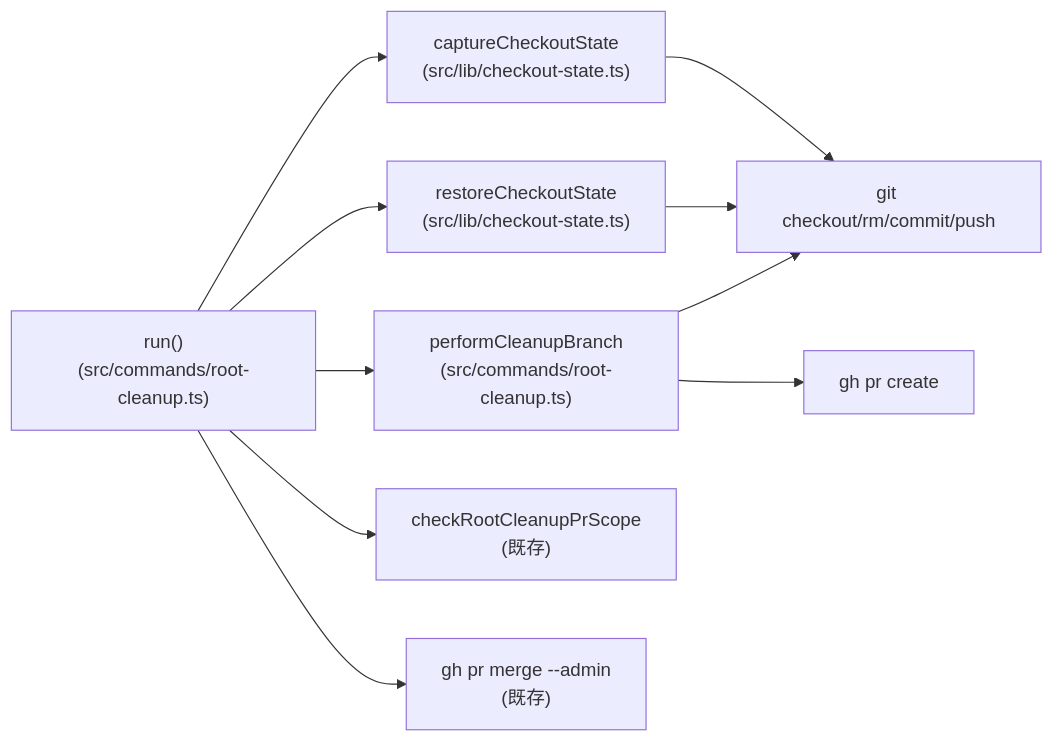
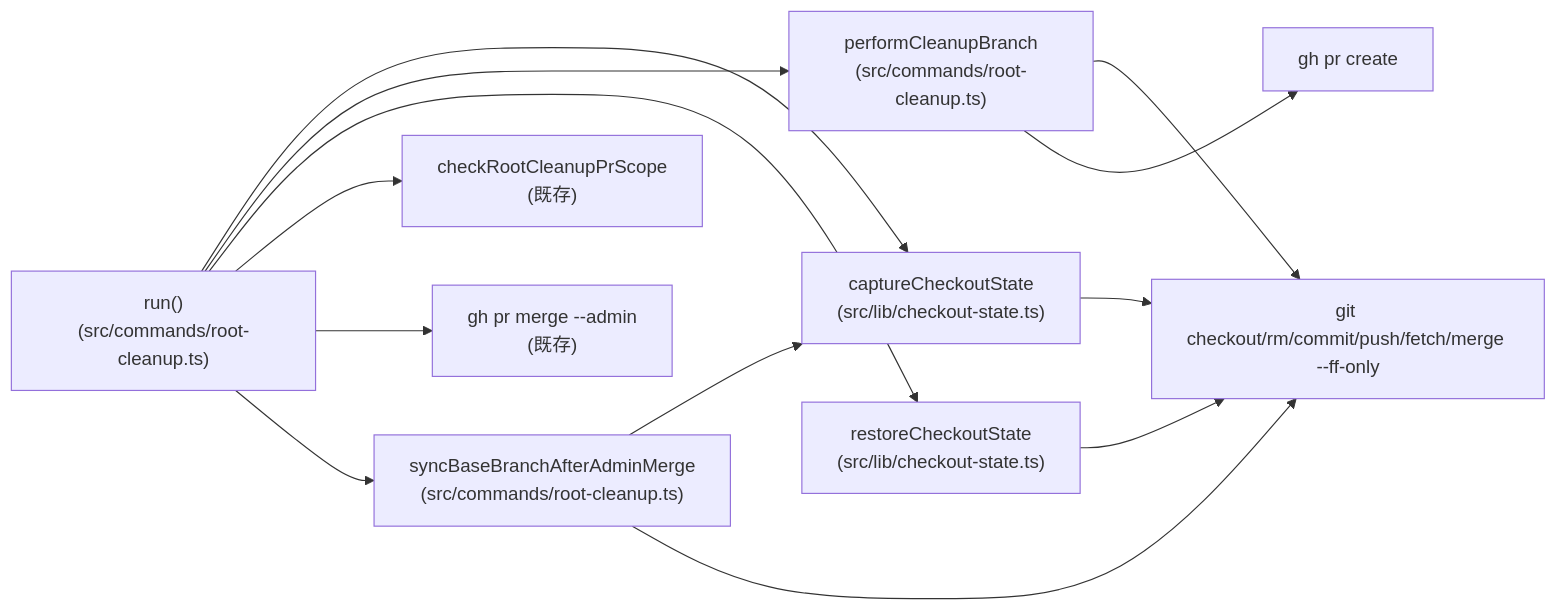
One commit to techbeansjp-free/AGENTS.md changed the first of 2 diagrams in DESIGN.md. Above: the diagram before and after it, drawn with Mermaid. The commit also changed other lines of this file and 2 other files, not shown here.

First line of the commit message:
ISSUE-619: design-gate再通過 — root-cleanup run自身のadmin merge後にbase branchをローカル同期する設計を追加

````diff
--- a/DESIGN.md
+++ b/DESIGN.md
@@ -33,21 +43,25 @@
 ```mermaid
 graph LR
   run["run()<br/>(src/commands/root-cleanup.ts)"]
   capture["captureCheckoutState<br/>(src/lib/checkout-state.ts)"]
   restore["restoreCheckoutState<br/>(src/lib/checkout-state.ts)"]
   perform["performCleanupBranch<br/>(src/commands/root-cleanup.ts)"]
   scope["checkRootCleanupPrScope<br/>(既存)"]
   merge["gh pr merge --admin<br/>(既存)"]
-  git["git checkout/rm/commit/push"]
+  sync["syncBaseBranchAfterAdminMerge<br/>(src/commands/root-cleanup.ts)"]
+  git["git checkout/rm/commit/push/fetch/merge --ff-only"]
   ghcreate["gh pr create"]
 
   run --> capture
   run --> perform
   run --> restore
   run --> scope
   run --> merge
+  run --> sync
   perform --> git
   perform --> ghcreate
   restore --> git
   capture --> git
+  sync --> capture
+  sync --> git
 ```
````
